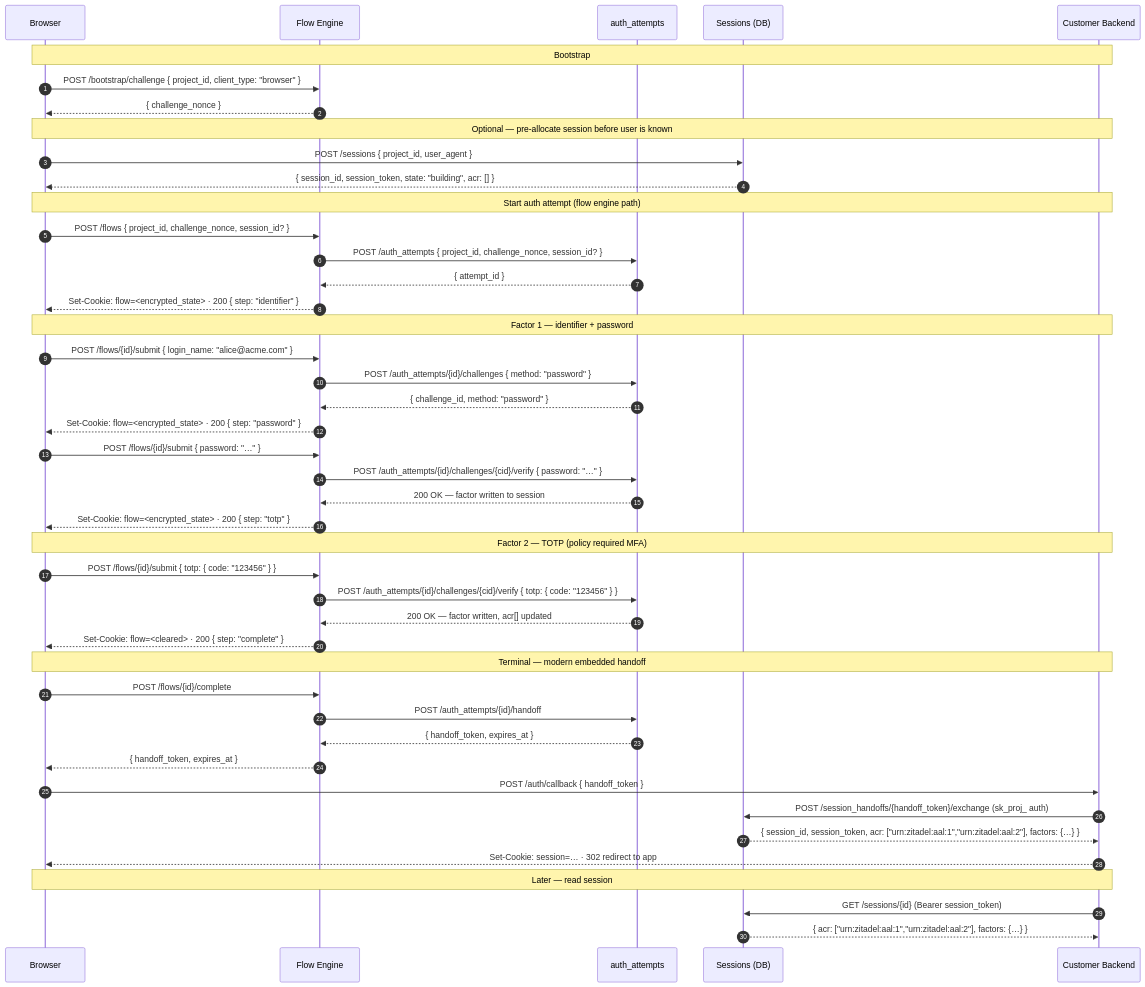
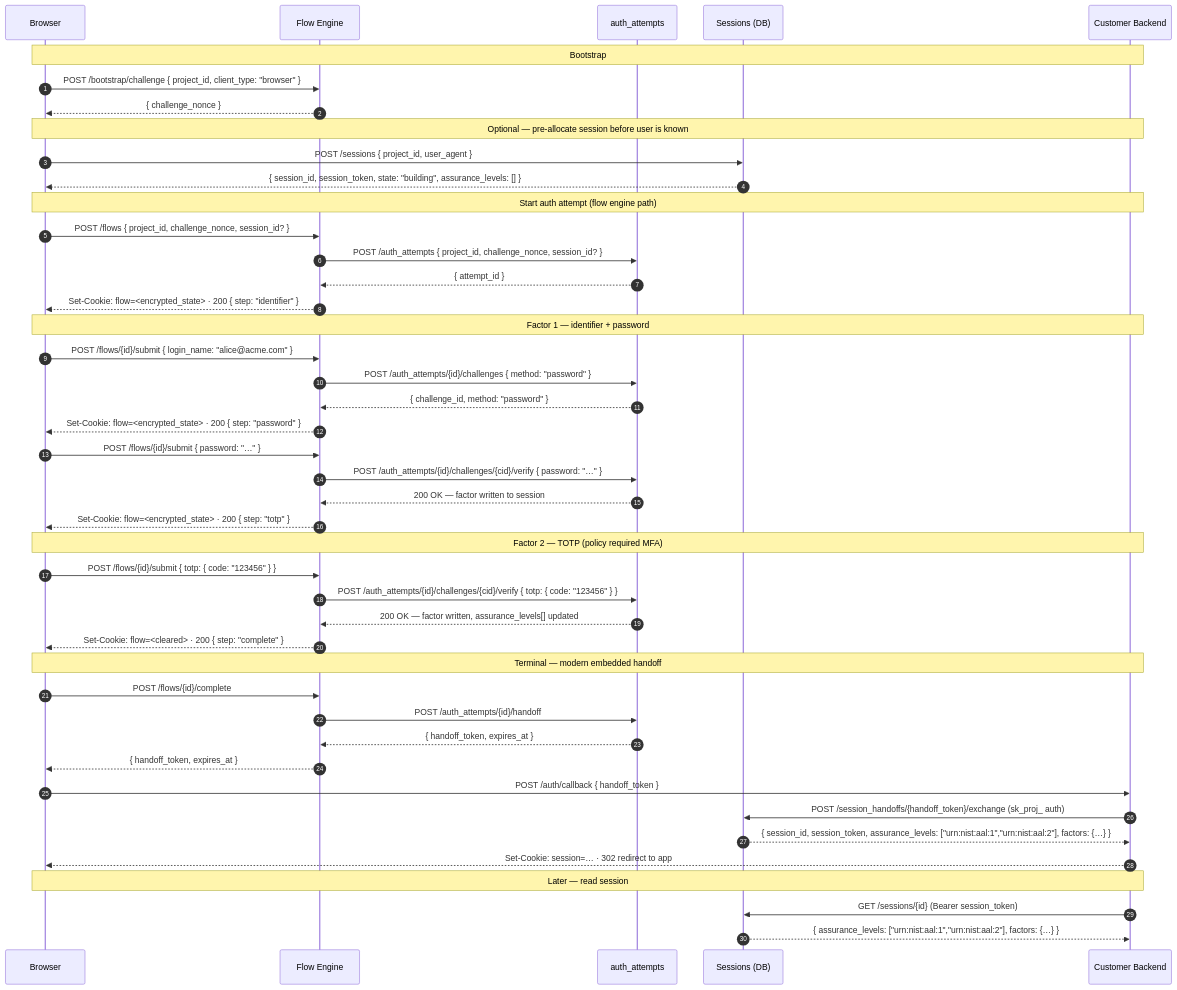
One commit to zitadel/nextgen changed the first of 4 diagrams in docs/design/api/authn-and-auth-flows.md. Above: the diagram before and after it, drawn with Mermaid. The commit also changed other lines of this file and 10 other files, not shown here.

````diff
--- a/docs/design/api/authn-and-auth-flows.md
+++ b/docs/design/api/authn-and-auth-flows.md
@@ -153,62 +153,62 @@
 ```mermaid
 sequenceDiagram
     autonumber
     participant Browser
     participant FlowEngine as Flow Engine
     participant AuthAttempts as auth_attempts
     participant SessionDB as Sessions (DB)
     participant CustomerBackend as Customer Backend
 
     Note over Browser,CustomerBackend: Bootstrap
 
     Browser->>FlowEngine: POST /bootstrap/challenge { project_id, client_type: "browser" }
     FlowEngine-->>Browser: { challenge_nonce }
 
     Note over Browser,CustomerBackend: Optional — pre-allocate session before user is known
 
     Browser->>SessionDB: POST /sessions { project_id, user_agent }
-    SessionDB-->>Browser: { session_id, session_token, state: "building", acr: [] }
+    SessionDB-->>Browser: { session_id, session_token, state: "building", assurance_levels: [] }
 
     Note over Browser,CustomerBackend: Start auth attempt (flow engine path)
 
     Browser->>FlowEngine: POST /flows { project_id, challenge_nonce, session_id? }
     FlowEngine->>AuthAttempts: POST /auth_attempts { project_id, challenge_nonce, session_id? }
     AuthAttempts-->>FlowEngine: { attempt_id }
     FlowEngine-->>Browser: Set-Cookie: flow=<encrypted_state> · 200 { step: "identifier" }
 
     Note over Browser,CustomerBackend: Factor 1 — identifier + password
 
     Browser->>FlowEngine: POST /flows/{id}/submit { login_name: "alice@acme.com" }
     FlowEngine->>AuthAttempts: POST /auth_attempts/{id}/challenges { method: "password" }
     AuthAttempts-->>FlowEngine: { challenge_id, method: "password" }
     FlowEngine-->>Browser: Set-Cookie: flow=<encrypted_state> · 200 { step: "password" }
 
     Browser->>FlowEngine: POST /flows/{id}/submit { password: "…" }
     FlowEngine->>AuthAttempts: POST /auth_attempts/{id}/challenges/{cid}/verify { password: "…" }
     AuthAttempts-->>FlowEngine: 200 OK — factor written to session
     FlowEngine-->>Browser: Set-Cookie: flow=<encrypted_state> · 200 { step: "totp" }
 
     Note over Browser,CustomerBackend: Factor 2 — TOTP (policy required MFA)
 
     Browser->>FlowEngine: POST /flows/{id}/submit { totp: { code: "123456" } }
     FlowEngine->>AuthAttempts: POST /auth_attempts/{id}/challenges/{cid}/verify { totp: { code: "123456" } }
-    AuthAttempts-->>FlowEngine: 200 OK — factor written, acr[] updated
+    AuthAttempts-->>FlowEngine: 200 OK — factor written, assurance_levels[] updated
     FlowEngine-->>Browser: Set-Cookie: flow=<cleared> · 200 { step: "complete" }
 
     Note over Browser,CustomerBackend: Terminal — modern embedded handoff
 
     Browser->>FlowEngine: POST /flows/{id}/complete
     FlowEngine->>AuthAttempts: POST /auth_attempts/{id}/handoff
     AuthAttempts-->>FlowEngine: { handoff_token, expires_at }
     FlowEngine-->>Browser: { handoff_token, expires_at }
 
     Browser->>CustomerBackend: POST /auth/callback { handoff_token }
     CustomerBackend->>SessionDB: POST /session_handoffs/{handoff_token}/exchange (sk_proj_ auth)
-    SessionDB-->>CustomerBackend: { session_id, session_token, acr: ["urn:zitadel:aal:1","urn:zitadel:aal:2"], factors: {…} }
+    SessionDB-->>CustomerBackend: { session_id, session_token, assurance_levels: ["urn:nist:aal:1","urn:nist:aal:2"], factors: {…} }
     CustomerBackend-->>Browser: Set-Cookie: session=… · 302 redirect to app
 
     Note over Browser,CustomerBackend: Later — read session
 
     CustomerBackend->>SessionDB: GET /sessions/{id} (Bearer session_token)
-    SessionDB-->>CustomerBackend: { acr: ["urn:zitadel:aal:1","urn:zitadel:aal:2"], factors: {…} }
+    SessionDB-->>CustomerBackend: { assurance_levels: ["urn:nist:aal:1","urn:nist:aal:2"], factors: {…} }
 ```
````
